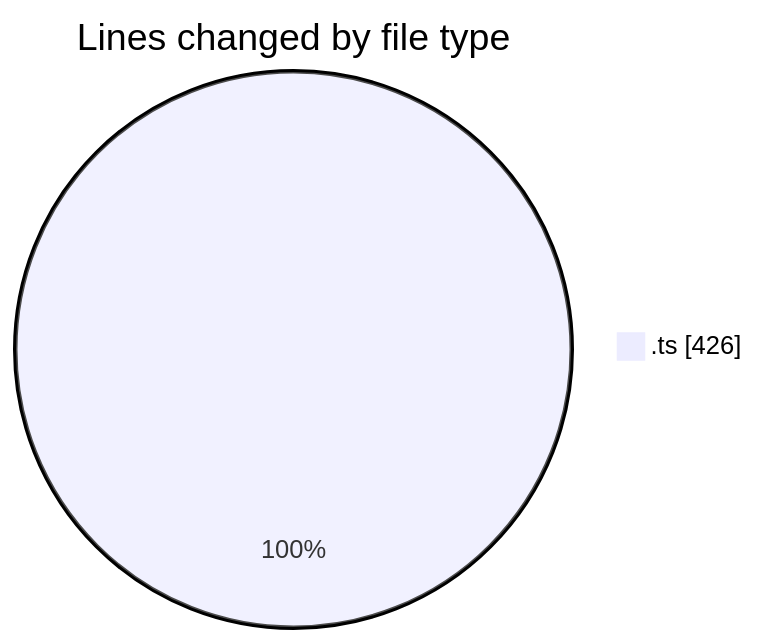
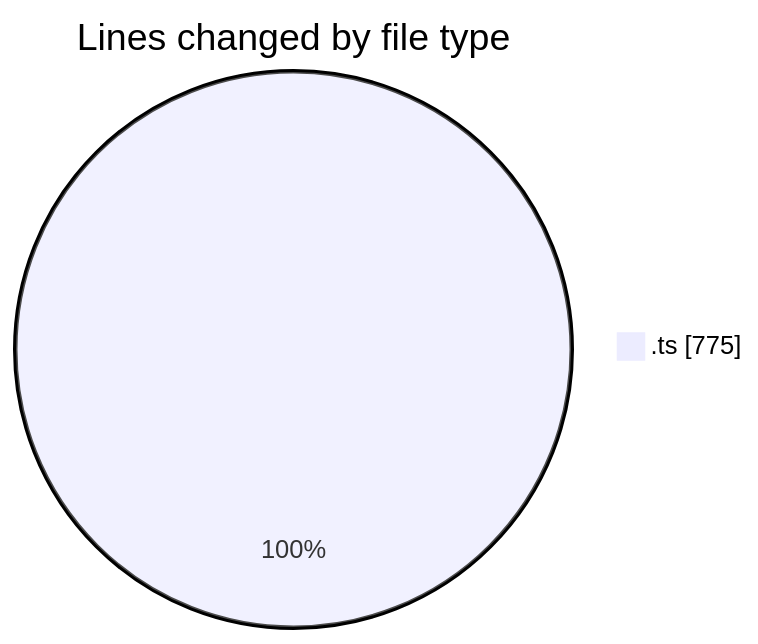
Before and after one commit to momahboobian/code-tracking: the first of 2 diagrams in 2025-08-11/cda/README.md, drawn with Mermaid. The commit also changed other lines of this file and 1 other file, not shown here.

````diff
--- a/2025-08-11/cda/README.md
+++ b/2025-08-11/cda/README.md
@@ -21,5 +22,5 @@
 ```mermaid
 pie showData
 title Lines changed by file type
-".ts" : 426
+".ts" : 775
 ```
````
